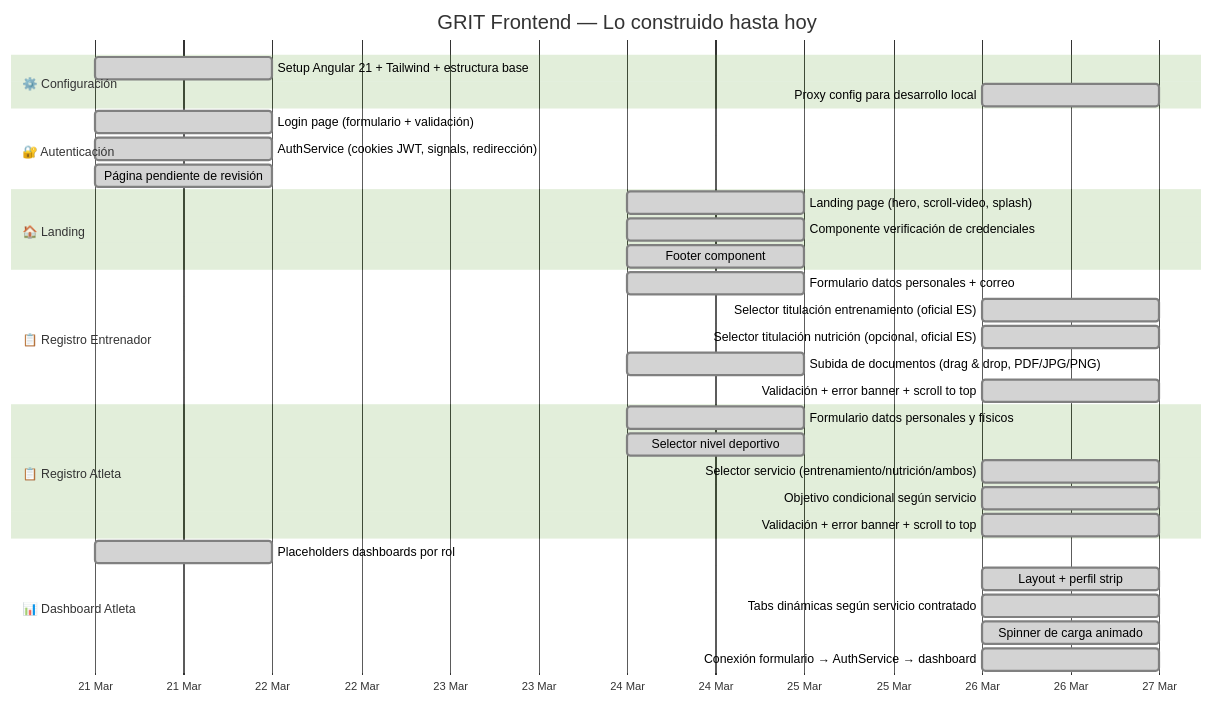
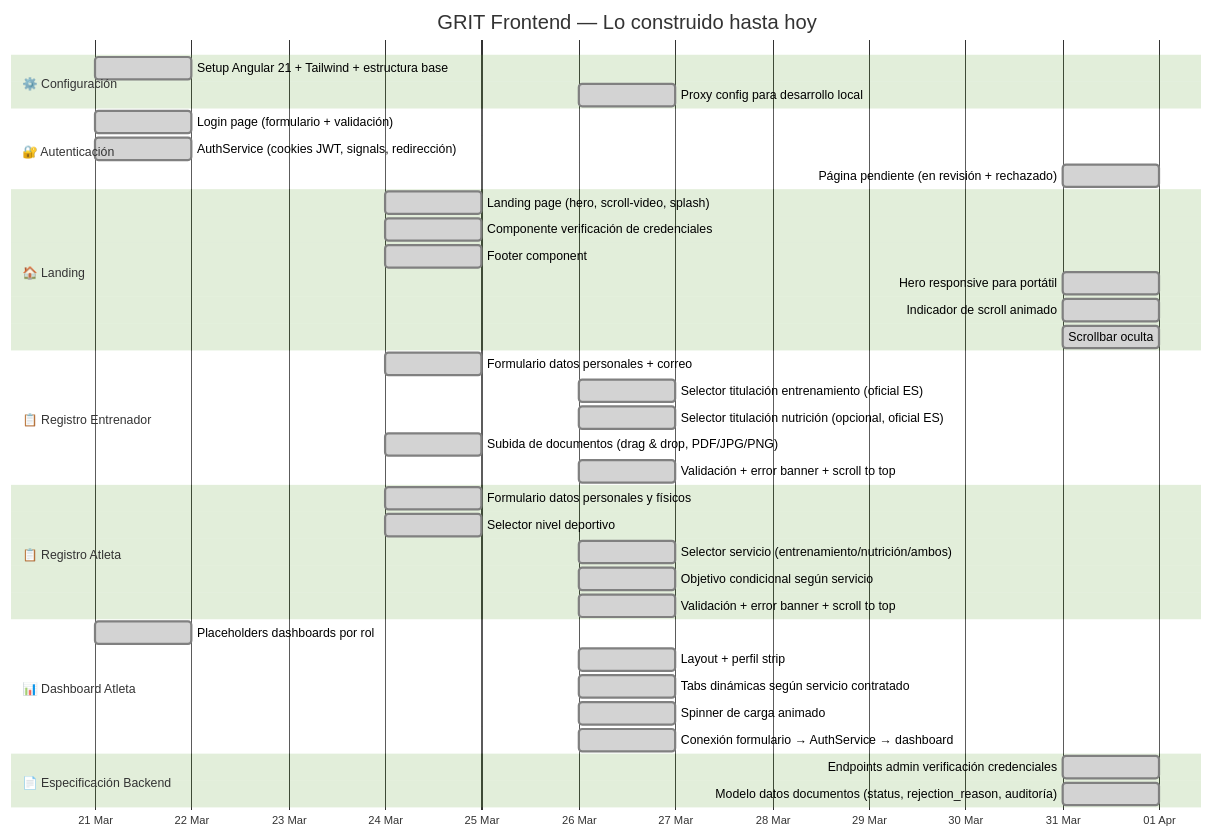
One commit to DevRodrigoPdp/GRIT changed the diagram in Documentacion/GANTT_FRONTEND_REALIZADO.md. Above: the diagram before and after it, drawn with Mermaid (forest theme). The commit also changed other lines of this file, not shown here.

Commit message:
docs: actualizar Gantt frontend al 31 de marzo

````diff
--- a/Documentacion/GANTT_FRONTEND_REALIZADO.md
+++ b/Documentacion/GANTT_FRONTEND_REALIZADO.md
@@ -4,41 +4,48 @@
 ```mermaid
 gantt
     title GRIT Frontend — Lo construido hasta hoy
     dateFormat  YYYY-MM-DD
     axisFormat  %d %b
 
     section ⚙️ Configuración
     Setup Angular 21 + Tailwind + estructura base   :done, 2026-03-21, 1d
     Proxy config para desarrollo local              :done, 2026-03-26, 1d
 
     section 🔐 Autenticación
     Login page (formulario + validación)            :done, 2026-03-21, 1d
     AuthService (cookies JWT, signals, redirección) :done, 2026-03-21, 1d
-    Página pendiente de revisión                    :done, 2026-03-21, 1d
+    Página pendiente (en revisión + rechazado)      :done, 2026-03-31, 1d
 
     section 🏠 Landing
     Landing page (hero, scroll-video, splash)       :done, 2026-03-24, 1d
     Componente verificación de credenciales         :done, 2026-03-24, 1d
     Footer component                                :done, 2026-03-24, 1d
+    Hero responsive para portátil                   :done, 2026-03-31, 1d
+    Indicador de scroll animado                     :done, 2026-03-31, 1d
+    Scrollbar oculta                                :done, 2026-03-31, 1d
 
     section 📋 Registro Entrenador
     Formulario datos personales + correo            :done, 2026-03-24, 1d
     Selector titulación entrenamiento (oficial ES)  :done, 2026-03-26, 1d
     Selector titulación nutrición (opcional, oficial ES) :done, 2026-03-26, 1d
     Subida de documentos (drag & drop, PDF/JPG/PNG) :done, 2026-03-24, 1d
     Validación + error banner + scroll to top       :done, 2026-03-26, 1d
 
     section 📋 Registro Atleta
     Formulario datos personales y físicos           :done, 2026-03-24, 1d
     Selector nivel deportivo                        :done, 2026-03-24, 1d
     Selector servicio (entrenamiento/nutrición/ambos):done, 2026-03-26, 1d
     Objetivo condicional según servicio             :done, 2026-03-26, 1d
     Validación + error banner + scroll to top       :done, 2026-03-26, 1d
 
     section 📊 Dashboard Atleta
     Placeholders dashboards por rol                 :done, 2026-03-21, 1d
     Layout + perfil strip                           :done, 2026-03-26, 1d
     Tabs dinámicas según servicio contratado        :done, 2026-03-26, 1d
     Spinner de carga animado                        :done, 2026-03-26, 1d
     Conexión formulario → AuthService → dashboard   :done, 2026-03-26, 1d
+
+    section 📄 Especificación Backend
+    Endpoints admin verificación credenciales       :done, 2026-03-31, 1d
+    Modelo datos documentos (status, rejection_reason, auditoría) :done, 2026-03-31, 1d
 ```
````
